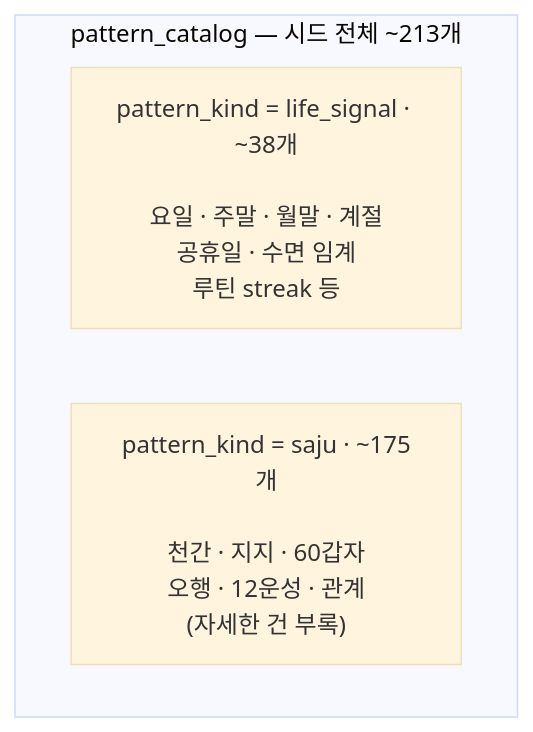
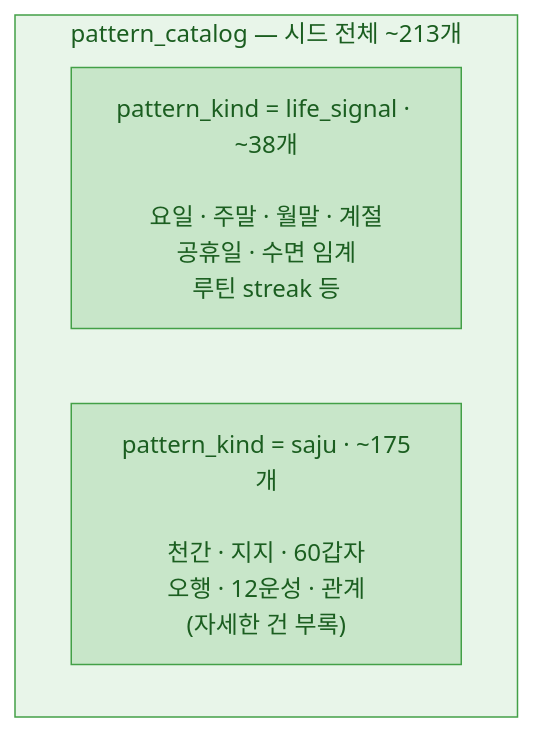
Before and after one commit to hyewon3938/slack-ai-agents: the third of 9 diagrams in docs/explainers/insight-v2.md, drawn with Mermaid (base theme). The commit also changed other lines of this file, not shown here.

````diff
--- a/docs/explainers/insight-v2.md
+++ b/docs/explainers/insight-v2.md
@@ -151,8 +167,13 @@
 ```mermaid
 flowchart TB
   subgraph PC["pattern_catalog — 시드 전체 ~213개"]
     direction LR
     LIFE["pattern_kind = life_signal · ~38개<br/><br/>요일 · 주말 · 월말 · 계절<br/>공휴일 · 수면 임계<br/>루틴 streak 등"]
     SAJU["pattern_kind = saju · ~175개<br/><br/>천간 · 지지 · 60갑자<br/>오행 · 12운성 · 관계<br/>(자세한 건 부록)"]
   end
+
+  classDef seedBox fill:#e8f5e9,stroke:#43a047,color:#1b5e20
+  classDef seedNode fill:#c8e6c9,stroke:#43a047,color:#1b5e20
+  class PC seedBox
+  class LIFE,SAJU seedNode
 ```
````
